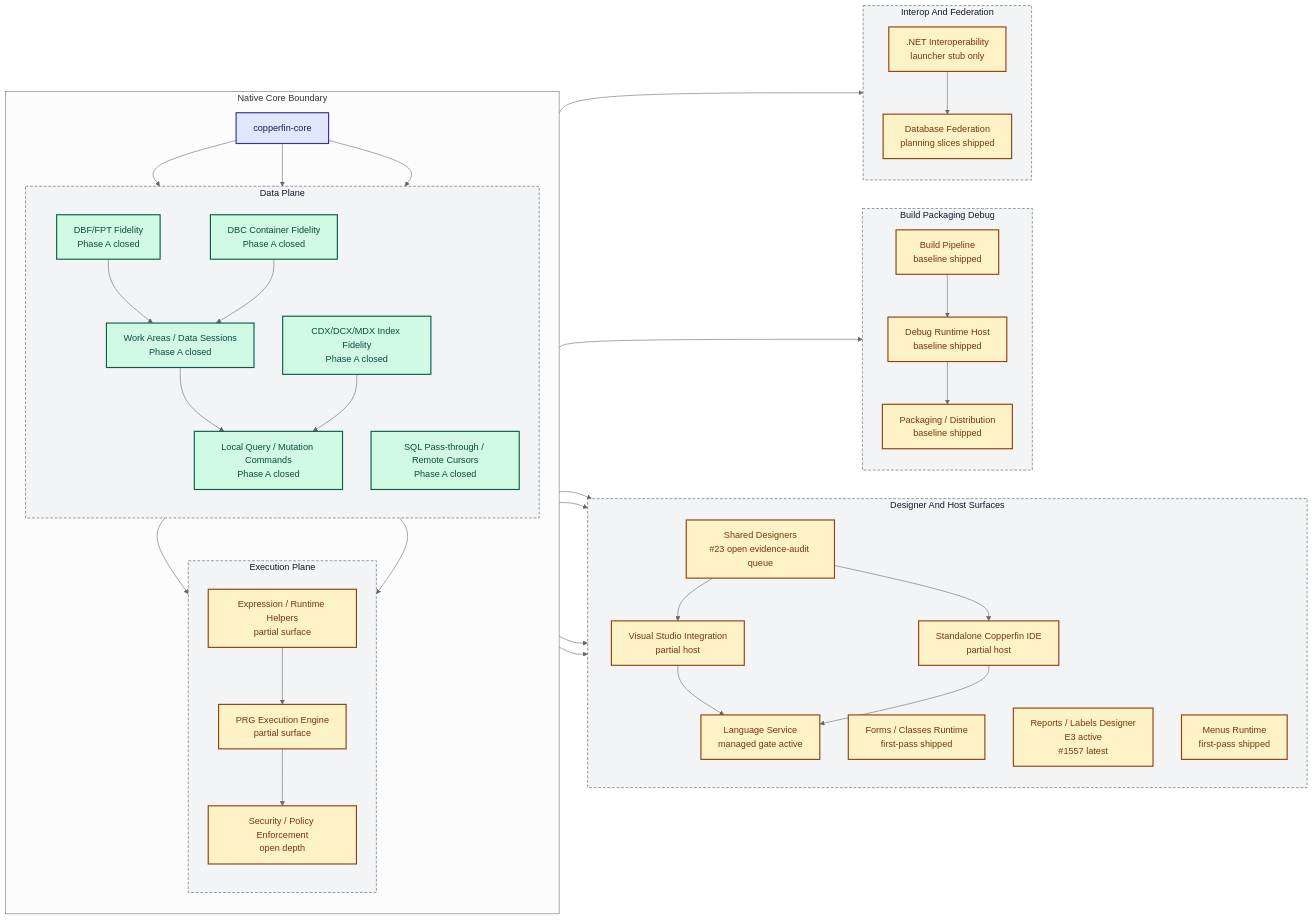
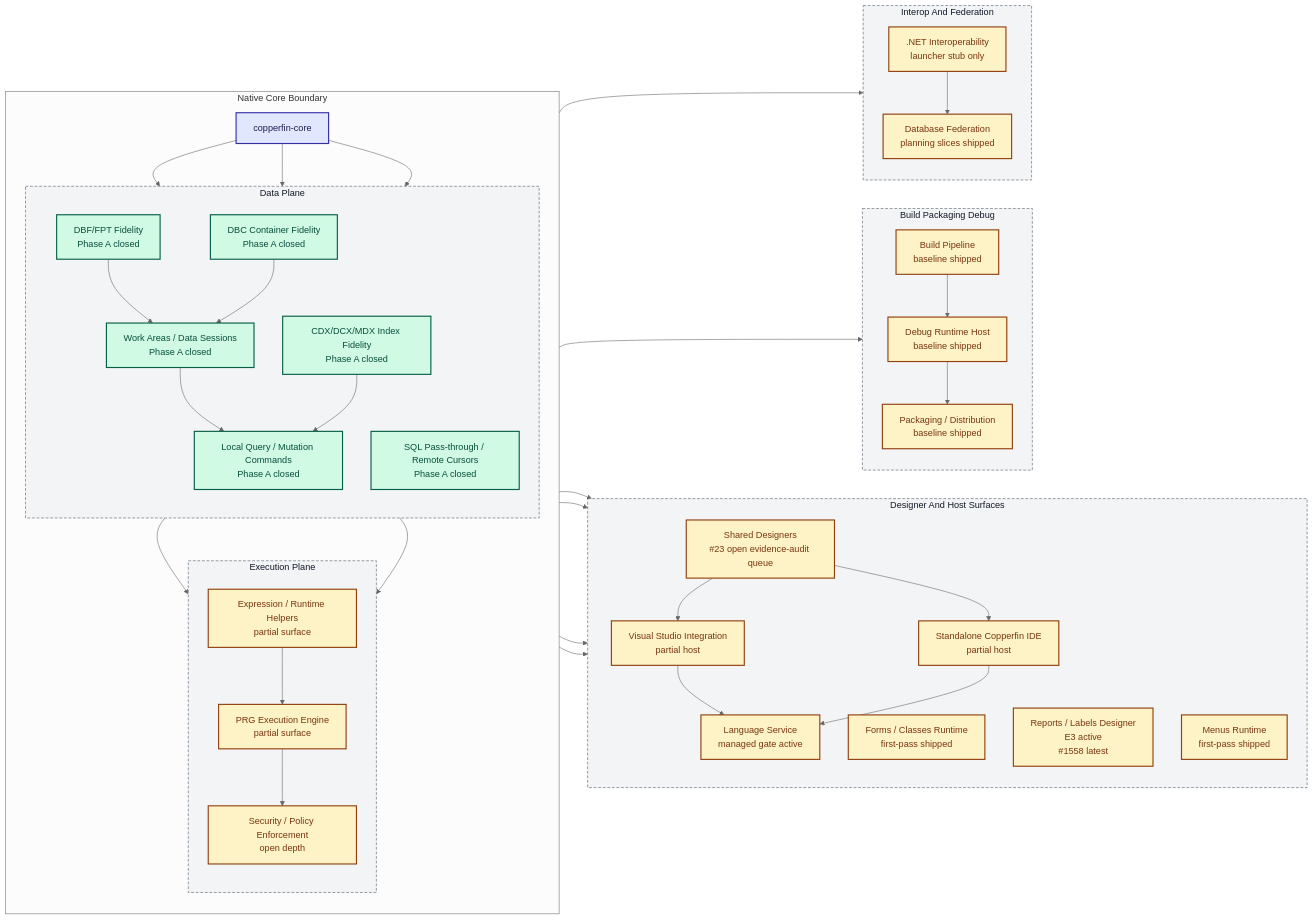
Before and after one commit to rhamenator/Project-Copperfin: the diagram in docs/02-architecture.md, drawn with Mermaid (neutral theme). The commit also changed 6 other files, not shown here.

```diff
--- a/docs/02-architecture.md
+++ b/docs/02-architecture.md
@@ -36,7 +36,7 @@
         direction TB
         DES["Shared Designers<br/>#23 open evidence-audit queue"]
         FORMS["Forms / Classes Runtime<br/>first-pass shipped"]
-        RPT["Reports / Labels Designer<br/>E3 active<br/>#1557 latest"]
+        RPT["Reports / Labels Designer<br/>E3 active<br/>#1558 latest"]
         MENU["Menus Runtime<br/>first-pass shipped"]
         VS["Visual Studio Integration<br/>partial host"]
         IDE["Standalone Copperfin IDE<br/>partial host"]
```
